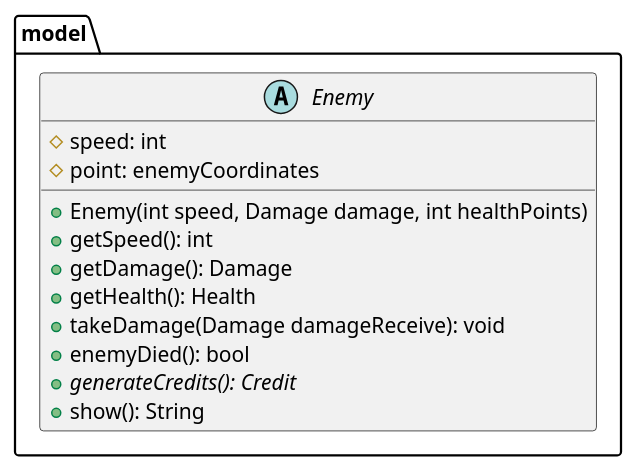
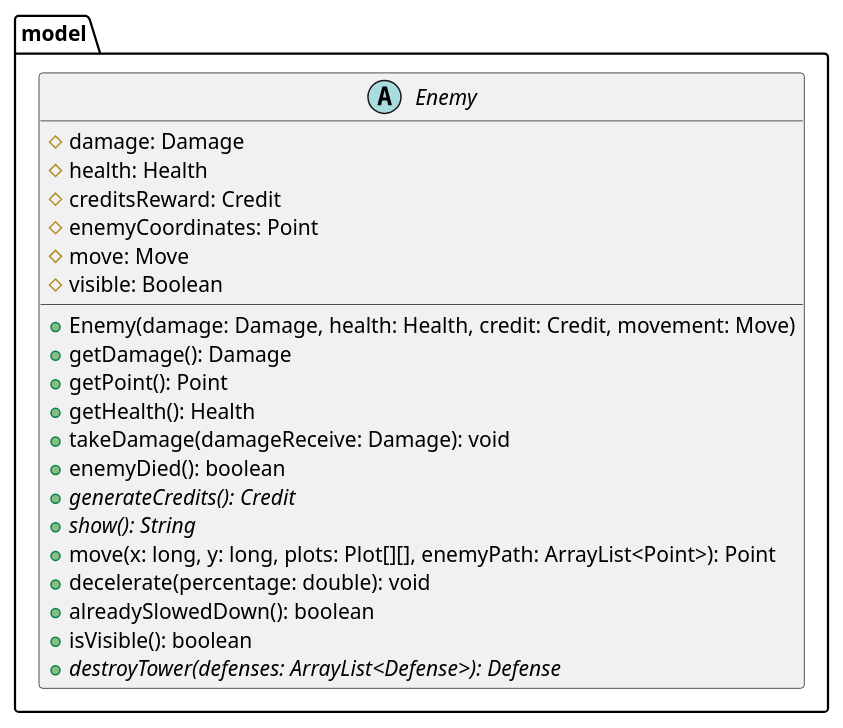
One commit to alejandrodelcs/algo3_tp2 changed the diagram in diagrams/classes/algoDefense/model/enemy/Enemy.puml. Above: the diagram before and after it, drawn with PlantUML. The commit also changed 11 other files, not shown here.

Commit message:
Some Diagrams created

```diff
--- a/diagrams/classes/algoDefense/model/enemy/Enemy.puml
+++ b/diagrams/classes/algoDefense/model/enemy/Enemy.puml
@@ -1,20 +1,26 @@
 @startuml
-'https://plantuml.com/class-diagram
 package model {
     abstract class Enemy {
-        # speed: int
-        # point: enemyCoordinates
+        # damage: Damage
+        # health: Health
+        # creditsReward: Credit
+        # enemyCoordinates: Point
+        # move: Move
+        # visible: Boolean
 
-        + Enemy(int speed, Damage damage, int healthPoints)
-        + getSpeed(): int
+        + Enemy(damage: Damage, health: Health, credit: Credit, movement: Move)
         + getDamage(): Damage
+        + getPoint(): Point
         + getHealth(): Health
-        + takeDamage(Damage damageReceive): void
-        + enemyDied(): bool
+        + takeDamage(damageReceive: Damage): void
+        + enemyDied(): boolean
         + generateCredits(): Credit {abstract}
-        + show(): String
+        + show(): String {abstract}
+        + move(x: long, y: long, plots: Plot[][], enemyPath: ArrayList<Point>): Point
+        + decelerate(percentage: double): void
+        + alreadySlowedDown(): boolean
+        + isVisible(): boolean
+        + destroyTower(defenses: ArrayList<Defense>): Defense {abstract}
     }
 }
-
-
 @enduml
```
